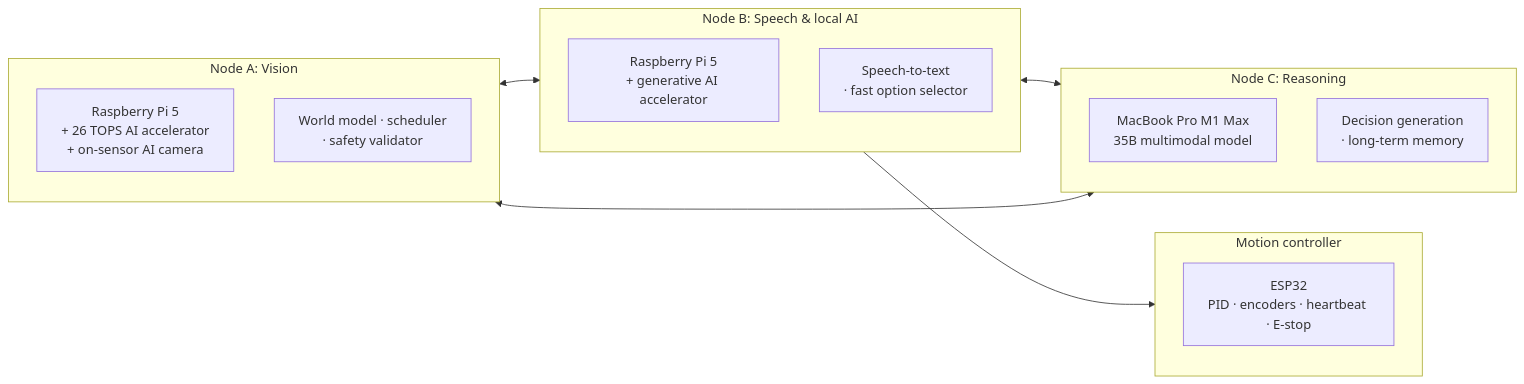
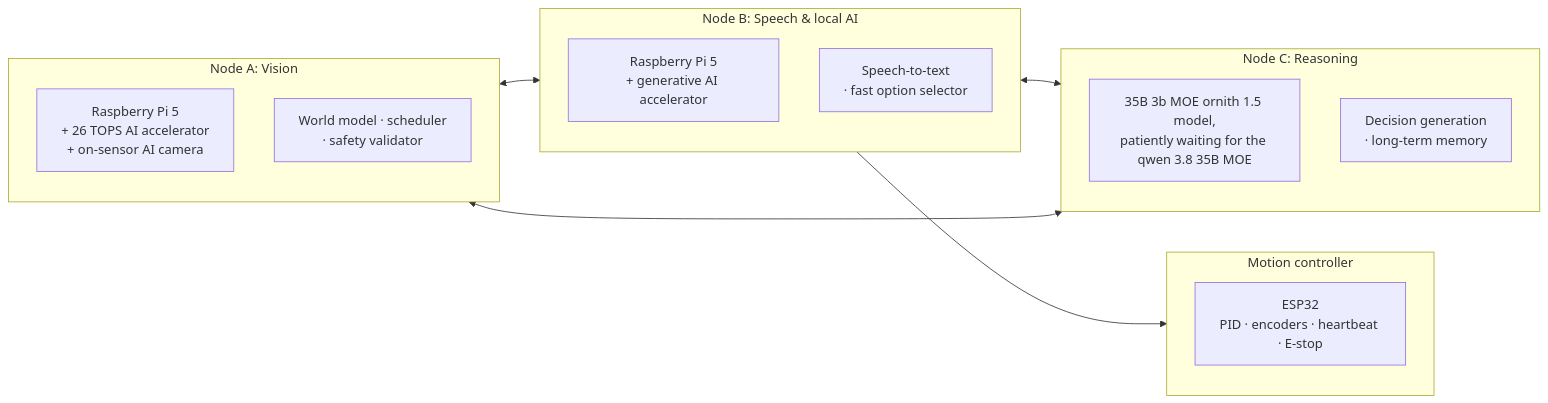
Before and after one commit to nicholasueki/sparc: the first of 3 diagrams in docs/DESIGN.md, drawn with Mermaid. The commit also changed 1 other file, not shown here.

Commit message:
Update reasoning node label

````diff
--- a/docs/DESIGN.md
+++ b/docs/DESIGN.md
@@ -48,22 +48,22 @@
 ```mermaid
 flowchart LR
     subgraph A["Node A: Vision"]
         A1["Raspberry Pi 5<br/>+ 26 TOPS AI accelerator<br/>+ on-sensor AI camera"]
         A2["World model · scheduler<br/>· safety validator"]
     end
     subgraph B["Node B: Speech & local AI"]
         B1["Raspberry Pi 5<br/>+ generative AI accelerator"]
         B2["Speech-to-text<br/>· fast option selector"]
     end
     subgraph C["Node C: Reasoning"]
-        C1["MacBook Pro M1 Max<br/>35B multimodal model"]
+        C1["35B 3b MOE ornith 1.5 model,<br/>patiently waiting for the qwen 3.8 35B MOE"]
         C2["Decision generation<br/>· long-term memory"]
     end
     subgraph M["Motion controller"]
         M1["ESP32<br/>PID · encoders · heartbeat · E-stop"]
     end
     A <--> B
     B <--> C
     A <--> C
     B --> M
 ```
````
